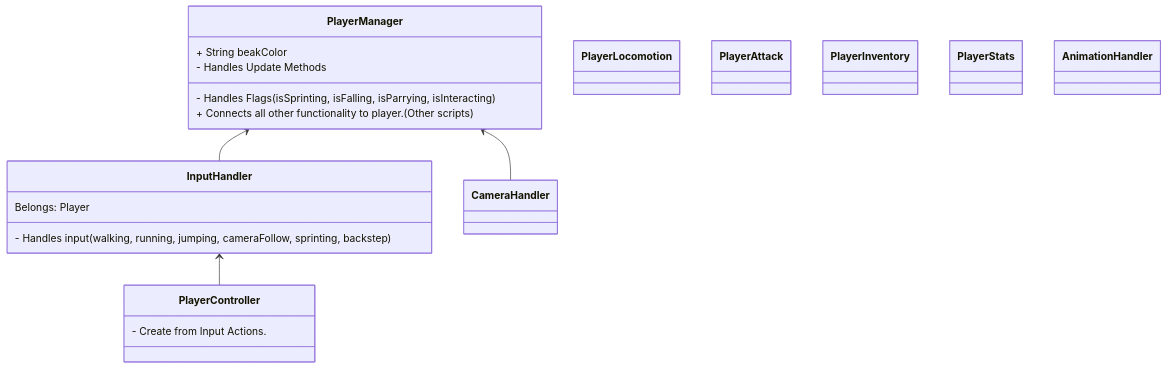
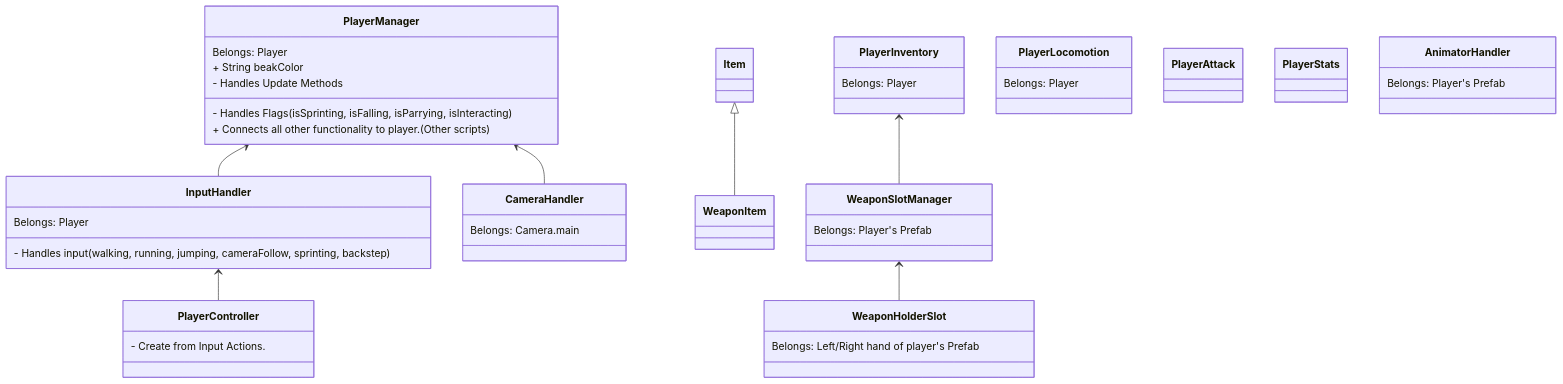
Before and after one commit to 8ku/game: the diagram in _posts/2022-9-24-mainTree.md, drawn with Mermaid. The commit also changed 1 other file, not shown here.

Commit message:
update mindmap

````diff
--- a/_posts/2022-9-24-mainTree.md
+++ b/_posts/2022-9-24-mainTree.md
@@ -11,31 +11,59 @@
 ```mermaid
 classDiagram
     PlayerManager <-- InputHandler
     PlayerManager <-- CameraHandler
     InputHandler <-- PlayerController
+    Item <|-- WeaponItem
+    PlayerInventory <-- WeaponSlotManager
+    WeaponSlotManager <-- WeaponHolderSlot
+
     class PlayerManager{
-        + String beakColor
-        - Handles Update Methods
-        - Handles Flags(isSprinting, isFalling, isParrying, isInteracting)
-        + Connects all other functionality to player.(Other scripts)
+    	Belongs: Player
+      + String beakColor
+      - Handles Update Methods
+      - Handles Flags(isSprinting, isFalling, isParrying, isInteracting)
+      + Connects all other functionality to player.(Other scripts)
     }
     class InputHandler{
-        Belongs: Player
-        - Handles input(walking, running, jumping, cameraFollow, sprinting, backstep)
+    	Belongs: Player
+      - Handles input(walking, running, jumping, cameraFollow, sprinting, backstep)
     }
     class PlayerLocomotion{
+    	Belongs: Player
     }
+    
     class PlayerController{
         - Create from Input Actions.
     }
+    
     class PlayerAttack{
     }
+    
     class PlayerInventory{
     }
     class PlayerStats{
     }
-    class AnimationHandler{
+    class AnimatorHandler{
+    	Belongs: Player's Prefab
     }
+    
     class CameraHandler{
+    	Belongs: Camera.main
+    }
+    
+    class Item~ScriptableObject~{
+    
+    }
+    
+    class PlayerInventory{
+    	Belongs: Player
+    }
+    
+    class WeaponSlotManager{
+    	Belongs: Player's Prefab
+    }
+    
+    class WeaponHolderSlot{
+    	Belongs: Left/Right hand of player's Prefab
     }
 ```
````
